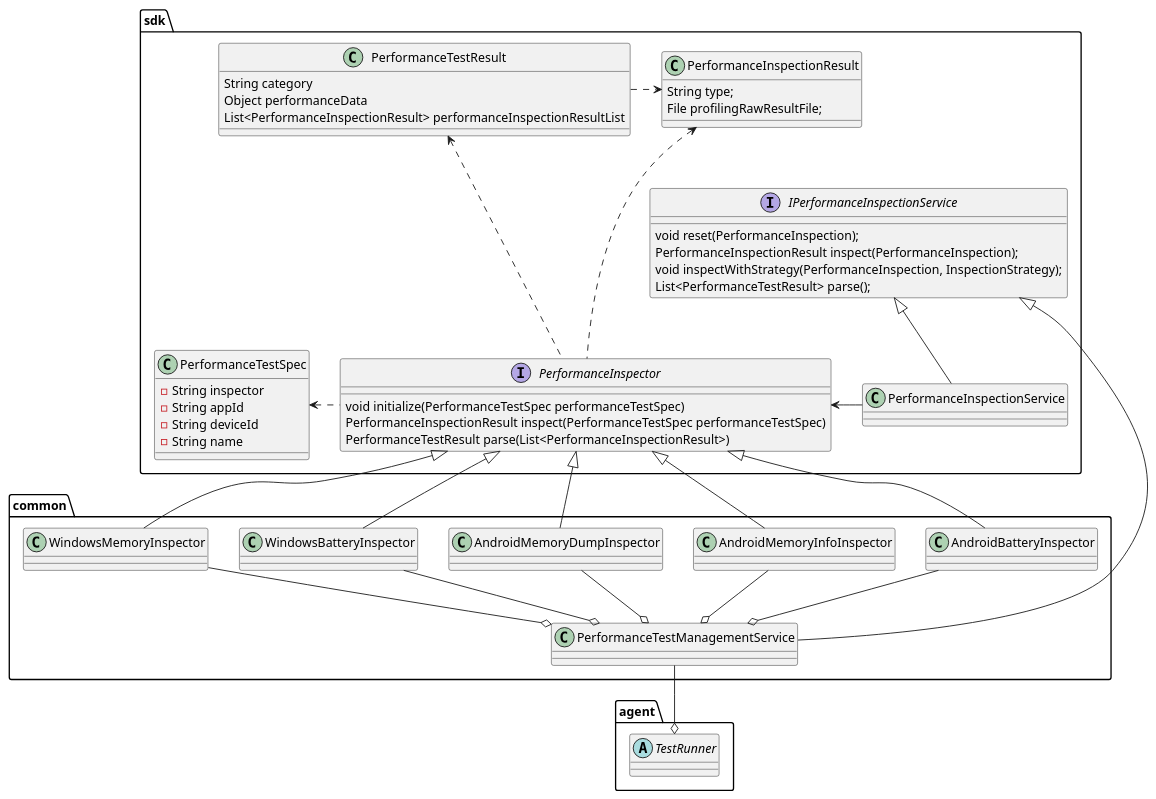
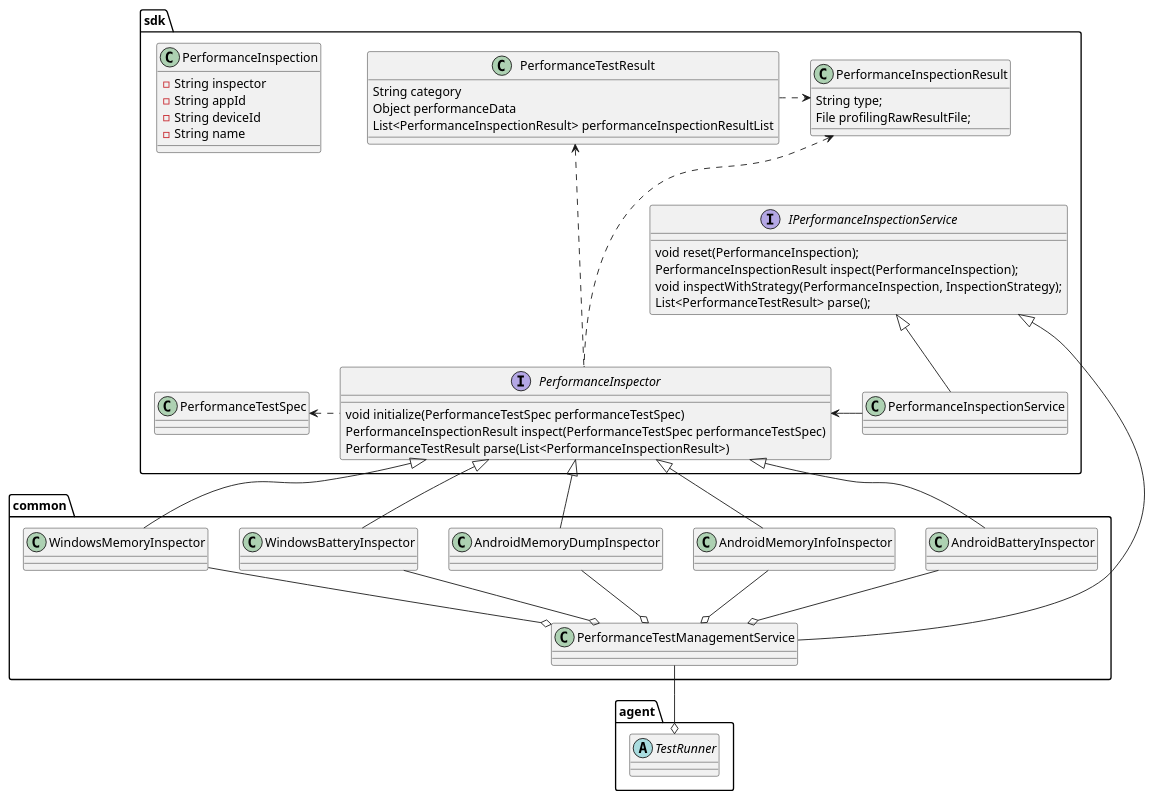
Before and after one commit to microsoft/HydraLab: the first of 3 diagrams in agent/doc/UML/perf_design.puml, drawn with PlantUML.

```diff
--- a/agent/doc/UML/perf_design.puml
+++ b/agent/doc/UML/perf_design.puml
@@ -1,72 +1,72 @@
 @startuml
 'https://plantuml.com/class-diagram'
 
 package "sdk" {
 
-    class PerformanceTestSpec {
+    class PerformanceInspection {
         -String inspector
         -String appId
         -String deviceId
         -String name
     }
     interface PerformanceInspector {
         void initialize(PerformanceTestSpec performanceTestSpec)
         PerformanceInspectionResult inspect(PerformanceTestSpec performanceTestSpec)
         PerformanceTestResult parse(List<PerformanceInspectionResult>)
     }
 
     interface IPerformanceInspectionService {
         void reset(PerformanceInspection);
         PerformanceInspectionResult inspect(PerformanceInspection);
         void inspectWithStrategy(PerformanceInspection, InspectionStrategy);
         List<PerformanceTestResult> parse();
     }
 
     class PerformanceInspectionService {
     }
 
     class PerformanceTestResult {
         String category
         Object performanceData
         List<PerformanceInspectionResult> performanceInspectionResultList
     }
 
     class PerformanceInspectionResult {
         String type;
         File profilingRawResultFile;
     }
 
     PerformanceInspector -left..> PerformanceTestSpec
     PerformanceInspector -up..> PerformanceInspectionResult
     PerformanceInspector <---right PerformanceInspectionService
     PerformanceInspector -up..> PerformanceTestResult
     PerformanceTestResult -right..> PerformanceInspectionResult
     PerformanceInspectionService -u-|> IPerformanceInspectionService
 }
 
 package "agent" {
     abstract class TestRunner {
     }
 }
 
 package "common" {
     class PerformanceTestManagementService {
 
     }
 
     PerformanceInspector <|-- AndroidBatteryInspector
     PerformanceInspector <|-- AndroidMemoryInfoInspector
     PerformanceInspector <|-- AndroidMemoryDumpInspector
     PerformanceInspector <|-- WindowsBatteryInspector
     PerformanceInspector <|-- WindowsMemoryInspector
 
     AndroidBatteryInspector --o PerformanceTestManagementService
     AndroidMemoryInfoInspector --o PerformanceTestManagementService
     AndroidMemoryDumpInspector --o PerformanceTestManagementService
     WindowsBatteryInspector --o PerformanceTestManagementService
     WindowsMemoryInspector --o PerformanceTestManagementService
     PerformanceTestManagementService --|> IPerformanceInspectionService
 
     TestRunner o-u- PerformanceTestManagementService
 }
 @enduml
```
